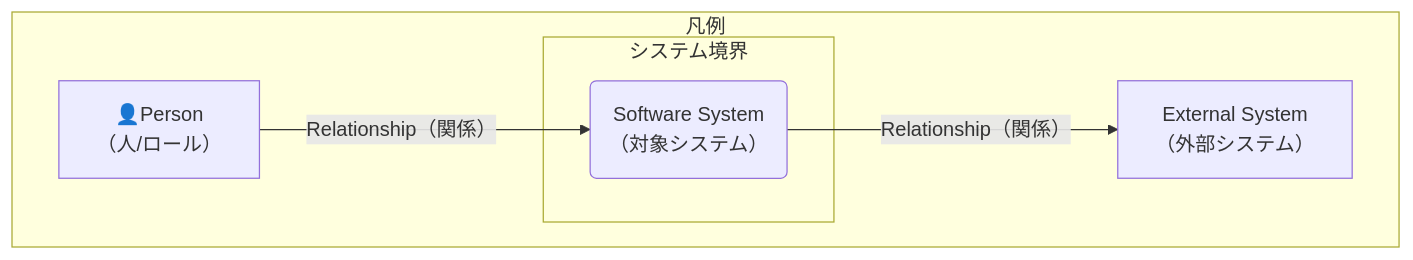
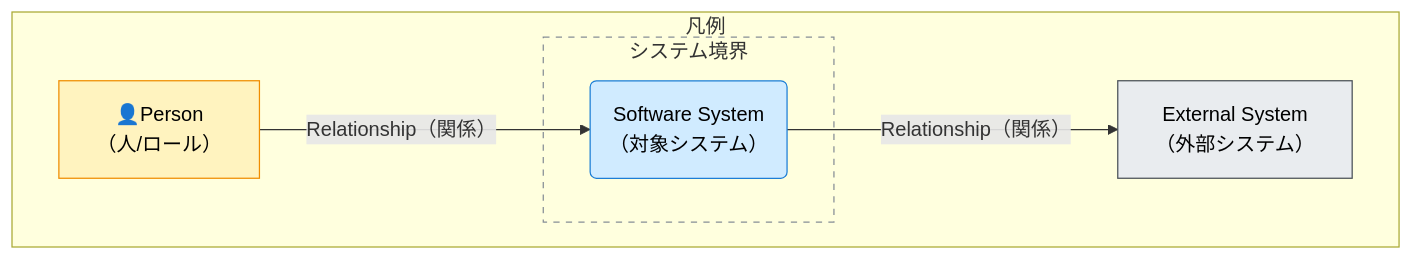
One commit to naoji3x/grandma-candy-shop changed the ninth of 9 diagrams in docs/project/030-アーキテクチャ/010-C4コンテキスト図/cxd-mermaid-rules.md. Above: the diagram before and after it, drawn with Mermaid. The commit also changed other lines of this file, not shown here.

````diff
--- a/docs/project/030-アーキテクチャ/010-C4コンテキスト図/cxd-mermaid-rules.md
+++ b/docs/project/030-アーキテクチャ/010-C4コンテキスト図/cxd-mermaid-rules.md
@@ -167,15 +246,24 @@
 ```mermaid
 flowchart LR
   subgraph 凡例["凡例"]
     direction LR
     人["👤Person<br>（人/ロール）"]
 
     subgraph 境界例["システム境界"]
       対象("Software System<br>（対象システム）")
     end
     外部["External System<br>（外部システム）"]
 
     人 -->|"Relationship（関係）"| 対象
     対象 -->|"Relationship（関係）"| 外部
   end
+
+  %% Styles
+  classDef person fill:#fff3bf,stroke:#f08c00,color:#000;
+  classDef system fill:#d0ebff,stroke:#1c7ed6,color:#000;
+  classDef external fill:#e9ecef,stroke:#495057,color:#000;
+  class 人 person;
+  class 対象 system;
+  class 外部 external;
+  style 境界例 fill:#ffffff,fill-opacity:0,stroke:#868e96,stroke-width:1px,stroke-dasharray: 5 5;
 ```
````
